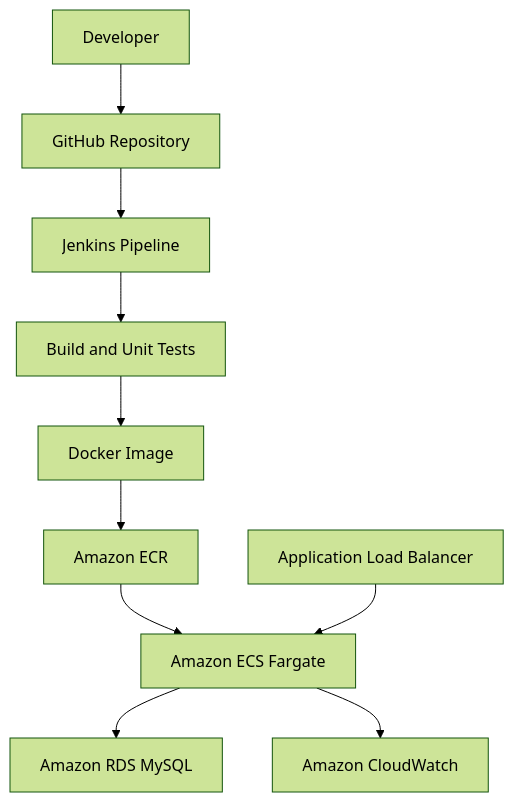
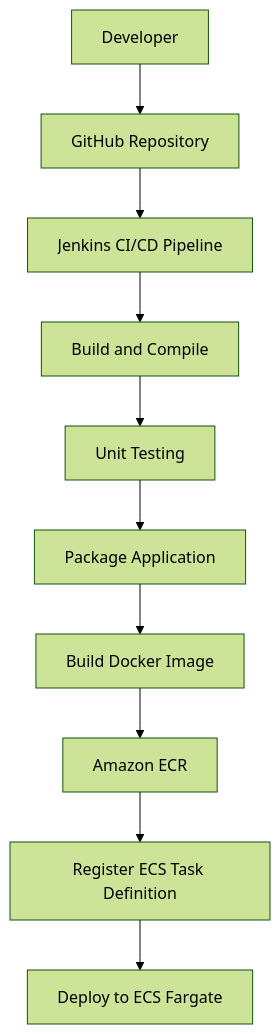
The first of 2 diagrams in README.md (Raksh315/employee-management-system), drawn with Mermaid (forest theme) before and after one commit. The commit also changed other lines of this file, not shown here.

````diff
--- a/README.md
+++ b/README.md
@@ -13,12 +19,12 @@
 ```mermaid
 flowchart TD
     A[Developer] --> B[GitHub Repository]
-    B --> C[Jenkins Pipeline]
-    C --> D[Build and Unit Tests]
-    D --> E[Docker Image]
-    E --> F[Amazon ECR]
-    F --> G[Amazon ECS Fargate]
-    H[Application Load Balancer] --> G
-    G --> I[Amazon RDS MySQL]
-    G --> J[Amazon CloudWatch]
+    B --> C[Jenkins CI/CD Pipeline]
+    C --> D[Build and Compile]
+    D --> E[Unit Testing]
+    E --> F[Package Application]
+    F --> G[Build Docker Image]
+    G --> H[Amazon ECR]
+    H --> I[Register ECS Task Definition]
+    I --> J[Deploy to ECS Fargate]
 ```
````
